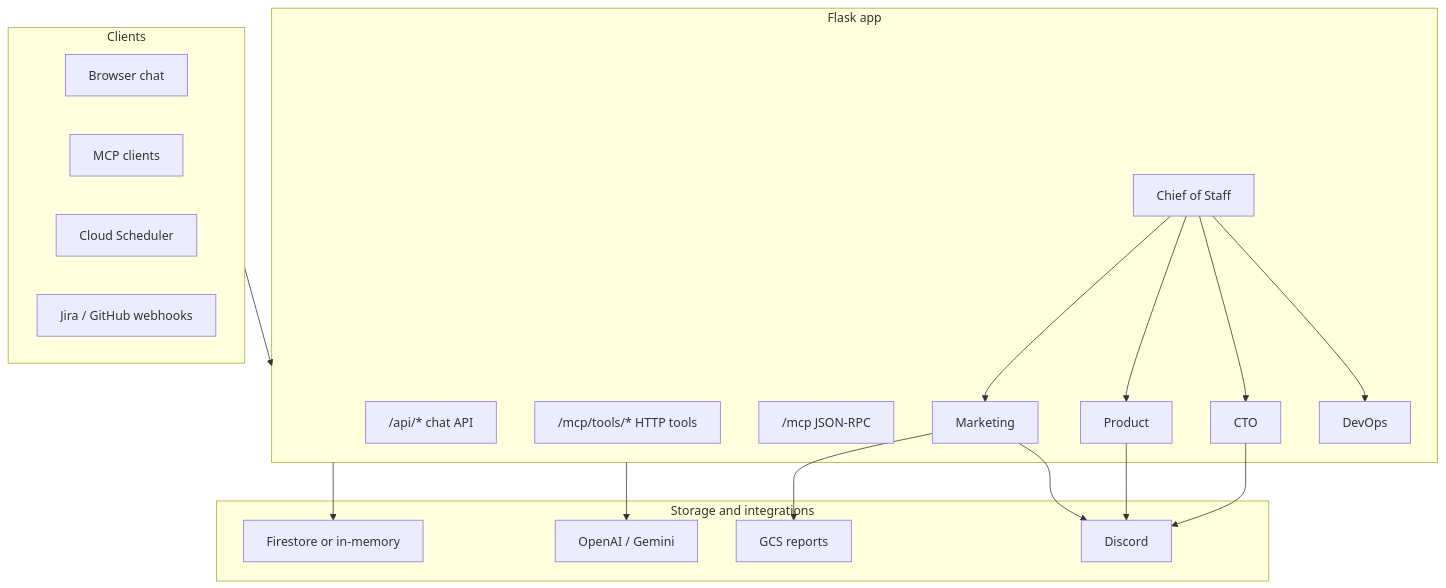
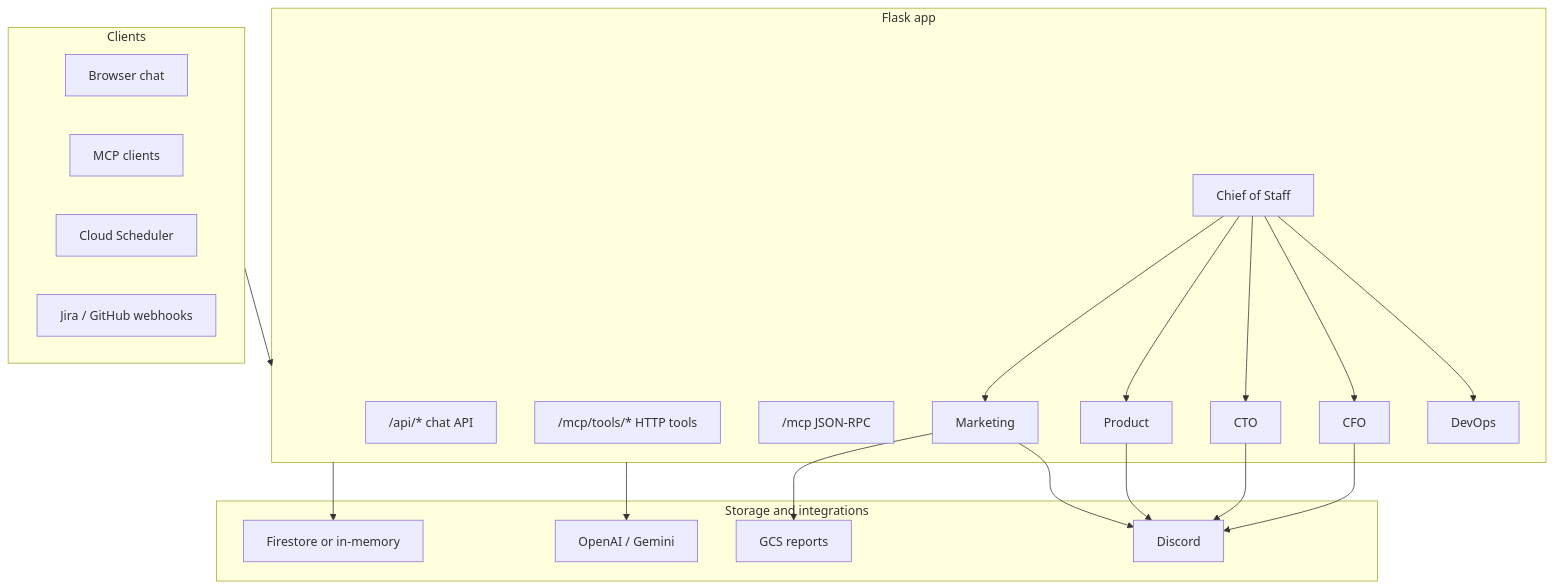
One commit to mckort/bigas changed the diagram in README.md. Above: the diagram before and after it, drawn with Mermaid. The commit also changed other lines of this file, not shown here.

Commit message:
Document the CFO as a first-class specialist in the README.

````diff
--- a/README.md
+++ b/README.md
@@ -840,34 +849,36 @@
 ```mermaid
 flowchart TB
   subgraph clients [Clients]
     Browser[Browser chat]
     MCP[MCP clients]
     Scheduler[Cloud Scheduler]
     Webhooks[Jira / GitHub webhooks]
   end
 
   subgraph app [Flask app]
     API["/api/* chat API"]
     Tools["/mcp/tools/* HTTP tools"]
     RPC["/mcp JSON-RPC"]
     COS[Chief of Staff]
     MKT[Marketing]
     PM[Product]
     CTO[CTO]
+    CFO[CFO]
     OPS[DevOps]
   end
 
   subgraph storage [Storage and integrations]
     Mem["Firestore or in-memory"]
     LLM[OpenAI / Gemini]
     GCS[GCS reports]
     Discord[Discord]
   end
 
   clients --> app
-  COS --> MKT & PM & CTO & OPS
+  COS --> MKT & PM & CTO & CFO & OPS
   app --> Mem & LLM
   MKT --> GCS & Discord
   PM --> Discord
   CTO --> Discord
+  CFO --> Discord
 ```
````
